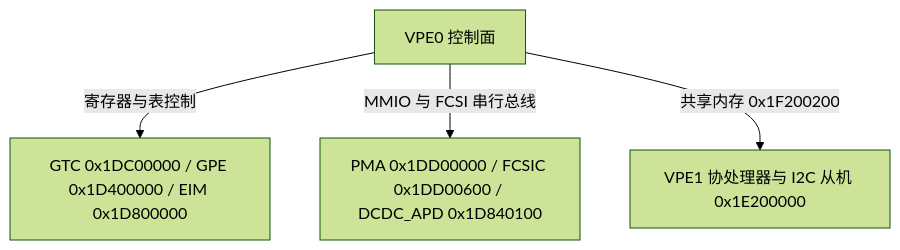
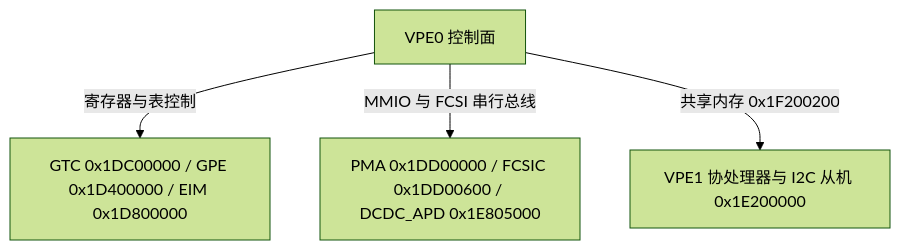
The diagram in 09_control_flow/03_driver_ioctl_interfaces.md (difanz/lantiq-falcon-s-docs), drawn with Mermaid (forest theme) before and after one commit. The commit also changed other lines of this file and 52 other files, not shown here.

````diff
--- a/09_control_flow/03_driver_ioctl_interfaces.md
+++ b/09_control_flow/03_driver_ioctl_interfaces.md
@@ -12,6 +14,6 @@
 ```mermaid
 flowchart TD
     CTRL["VPE0 控制面"] -->|寄存器与表控制| DEV_ONU["GTC 0x1DC00000 / GPE 0x1D400000 / EIM 0x1D800000"]
-    CTRL -->|MMIO 与 FCSI 串行总线| DEV_OPTIC["PMA 0x1DD00000 / FCSIC 0x1DD00600 / DCDC_APD 0x1D840100"]
+    CTRL -->|MMIO 与 FCSI 串行总线| DEV_OPTIC["PMA 0x1DD00000 / FCSIC 0x1DD00600 / DCDC_APD 0x1E805000"]
     CTRL -->|共享内存 0x1F200200| DEV_SFP["VPE1 协处理器与 I2C 从机 0x1E200000"]
 ```
````
